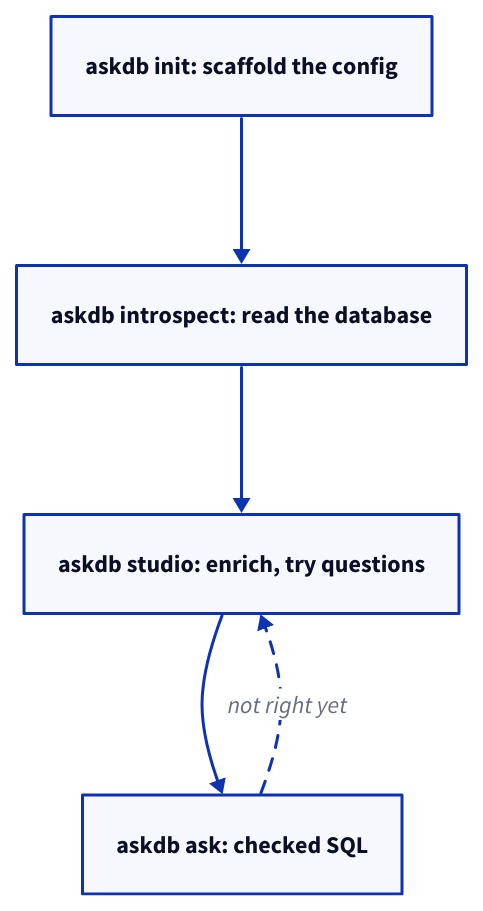
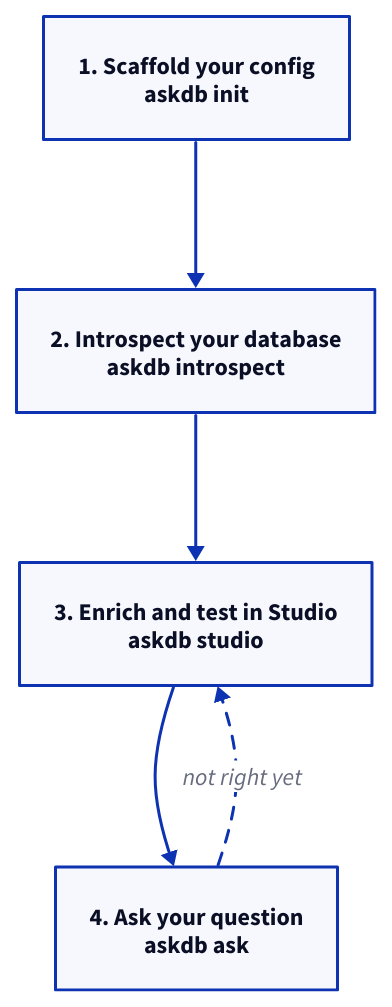
The diagram in apps/docs-site/src/assets/diagrams/d2/quickstart-loop.d2 (Ygilany/AskDB), drawn with D2 before and after one commit. The commit also changed 7 other files, not shown here.

First line of the commit message:
docs(site): fix the #736 review findings for D2 diagrams

```diff
--- a/apps/docs-site/src/assets/diagrams/d2/quickstart-loop.d2
+++ b/apps/docs-site/src/assets/diagrams/d2/quickstart-loop.d2
@@ -1,13 +1,13 @@
-# Quickstart: the four commands, and the loop that improves the SQL.
+# Quickstart: the four steps, named as the page's headings, and the loop that improves the SQL.
 # Vertical, so the text stays full size on a phone.
 direction: down
 
-init: "askdb init: scaffold the config"
-introspect: "askdb introspect: read the database"
-studio: "askdb studio: enrich, try questions"
-ask: "askdb ask: checked SQL"
+init: "1. Scaffold your config\naskdb init"
+introspect: "2. Introspect your database\naskdb introspect"
+studio: "3. Enrich and test in Studio\naskdb studio"
+ask: "4. Ask your question\naskdb ask"
 
 init -> introspect -> studio -> ask
 ask -> studio: "not right yet" {
   style.stroke-dash: 4
 }
```
